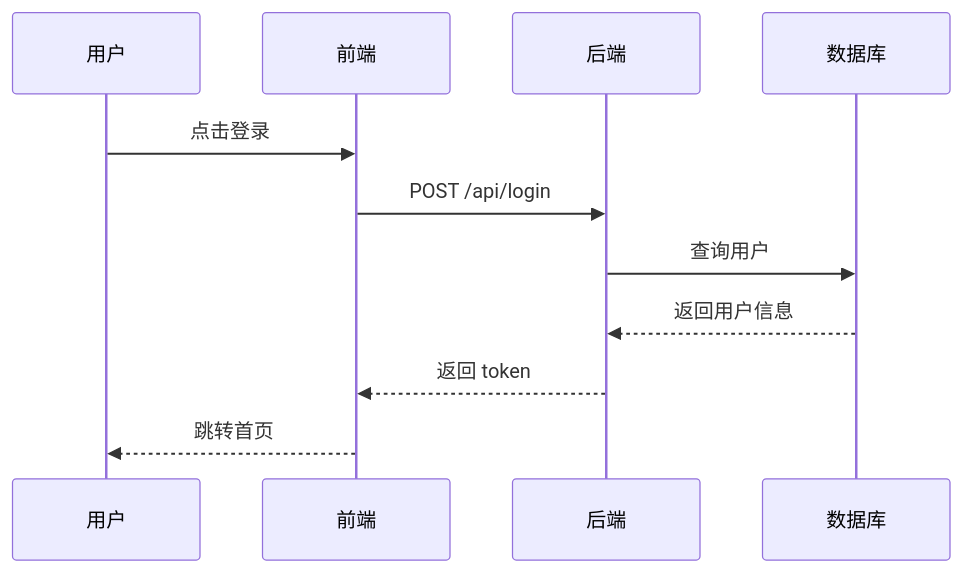
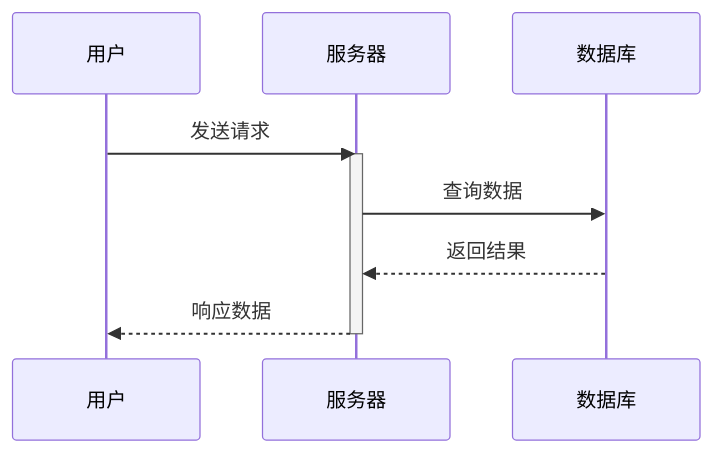
The fourth of 10 diagrams in skills/diagram-generator/SKILL.md (hongmaple0820/openclaw-dindin-chart), drawn with Mermaid before and after one commit. The commit also changed other lines of this file and 14 other files, not shown here.

````diff
--- a/skills/diagram-generator/SKILL.md
+++ b/skills/diagram-generator/SKILL.md
@@ -63,14 +77,13 @@
 ```mermaid
 sequenceDiagram
     participant U as 用户
-    participant F as 前端
-    participant B as 后端
+    participant S as 服务器
     participant D as 数据库
     
-    U->>F: 点击登录
-    F->>B: POST /api/login
-    B->>D: 查询用户
-    D-->>B: 返回用户信息
-    B-->>F: 返回 token
-    F-->>U: 跳转首页
+    U->>S: 发送请求
+    activate S
+    S->>D: 查询数据
+    D-->>S: 返回结果
+    S-->>U: 响应数据
+    deactivate S
 ```
````
